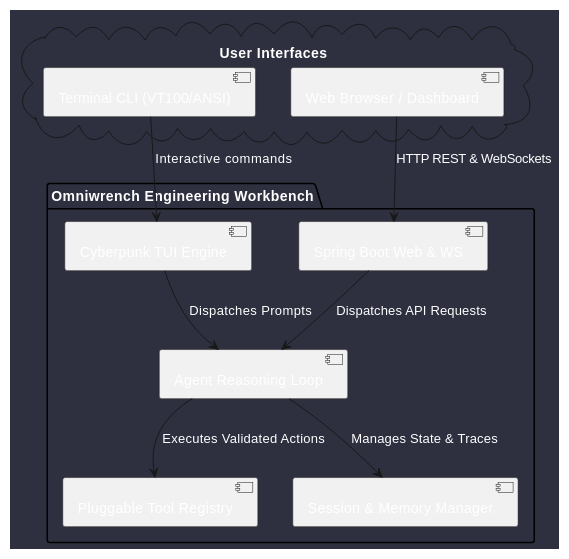
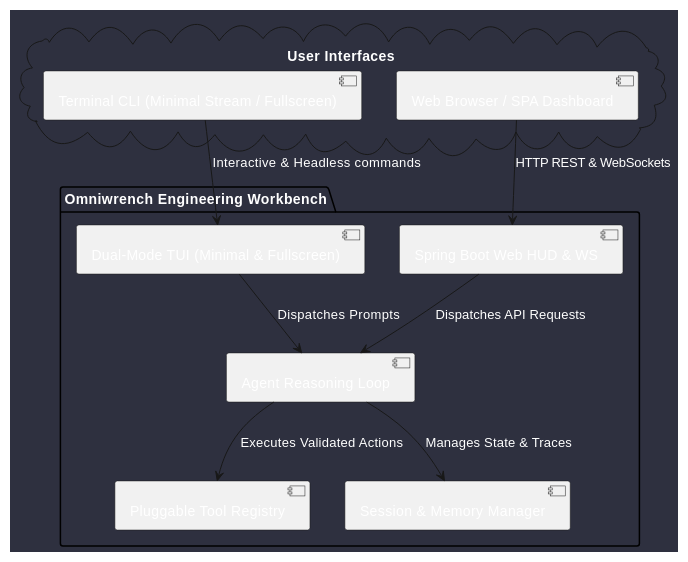
Before and after one commit to mlecabellec/omniwrench: the diagram in doc/docs/index.md, drawn with PlantUML. The commit also changed other lines of this file and 47 other files, not shown here.

````diff
--- a/doc/docs/index.md
+++ b/doc/docs/index.md
@@ -5,25 +5,25 @@
 ```plantuml
 @startuml
 skinparam backgroundColor #2e303f
 skinparam defaultFontColor #ffffff
 skinparam componentStyle uml2
 
 package "Omniwrench Engineering Workbench" {
-  [Cyberpunk TUI Engine] as TUI
-  [Spring Boot Web & WS] as WEB
+  [Dual-Mode TUI (Minimal & Fullscreen)] as TUI
+  [Spring Boot Web HUD & WS] as WEB
   [Agent Reasoning Loop] as CORE
   [Pluggable Tool Registry] as TOOLS
   [Session & Memory Manager] as MEM
 }
 
 cloud "User Interfaces" {
-  [Terminal CLI (VT100/ANSI)] --> TUI : Interactive commands
-  [Web Browser / Dashboard] --> WEB : HTTP REST & WebSockets
+  [Terminal CLI (Minimal Stream / Fullscreen)] --> TUI : Interactive & Headless commands
+  [Web Browser / SPA Dashboard] --> WEB : HTTP REST & WebSockets
 }
 
 TUI --> CORE : Dispatches Prompts
 WEB --> CORE : Dispatches API Requests
 CORE --> TOOLS : Executes Validated Actions
 CORE --> MEM : Manages State & Traces
 @enduml
 ```
````
